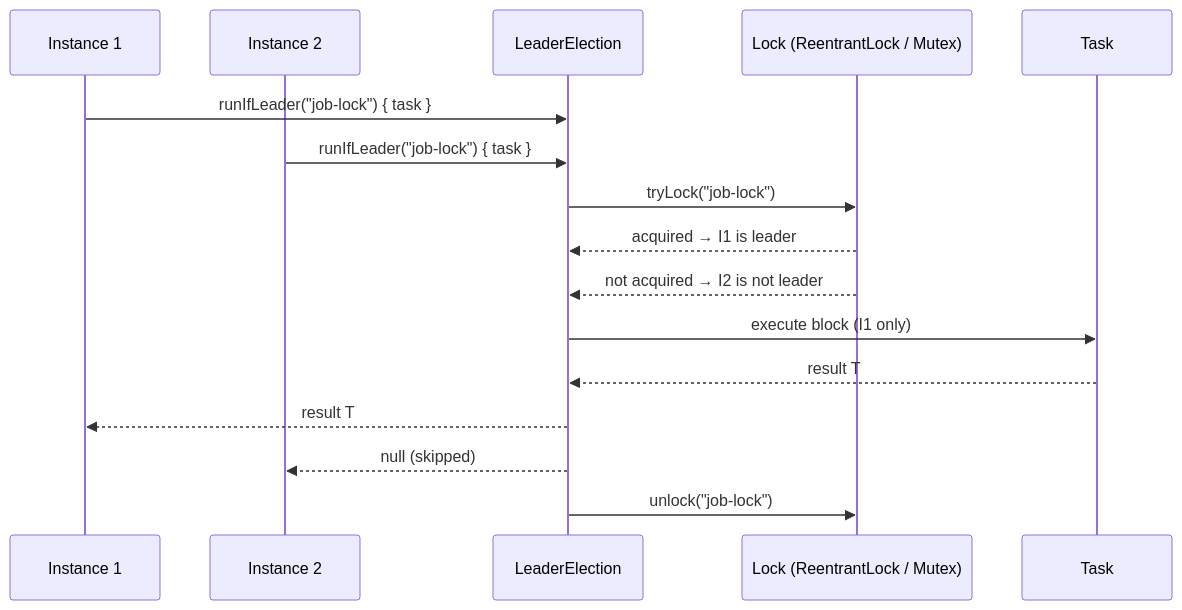
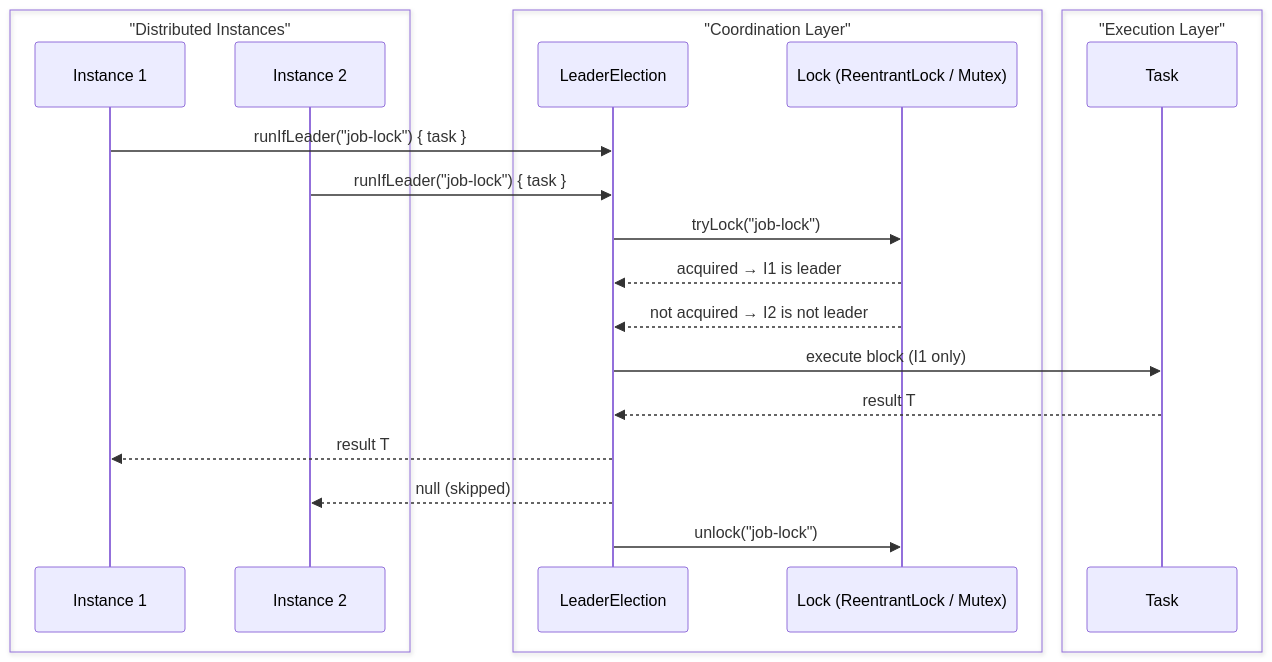
One commit to bluetape4k/bluetape4k-projects changed the fifth of 5 diagrams in utils/leader/README.md. Above: the diagram before and after it, drawn with Mermaid. The commit also changed other lines of this file and 221 other files, not shown here.

First line of the commit message:
docs: 전체 모듈 README UML 다이어그램 보강 및 색상 업그레이드

````diff
--- a/utils/leader/README.md
+++ b/utils/leader/README.md
@@ -175,23 +217,29 @@
 ```mermaid
 sequenceDiagram
+    box "Distributed Instances" #E8F5E9
     participant I1 as Instance 1
     participant I2 as Instance 2
+    end
+    box "Coordination Layer" #E3F2FD
     participant LE as LeaderElection
     participant Lock as Lock (ReentrantLock / Mutex)
+    end
+    box "Execution Layer" #FFF3E0
     participant Task
+    end
 
     I1->>LE: runIfLeader("job-lock") { task }
     I2->>LE: runIfLeader("job-lock") { task }
 
     LE->>Lock: tryLock("job-lock")
     Lock-->>LE: acquired → I1 is leader
     Lock-->>LE: not acquired → I2 is not leader
 
     LE->>Task: execute block (I1 only)
     Task-->>LE: result T
 
     LE-->>I1: result T
     LE-->>I2: null (skipped)
 
     LE->>Lock: unlock("job-lock")
 ```
````
